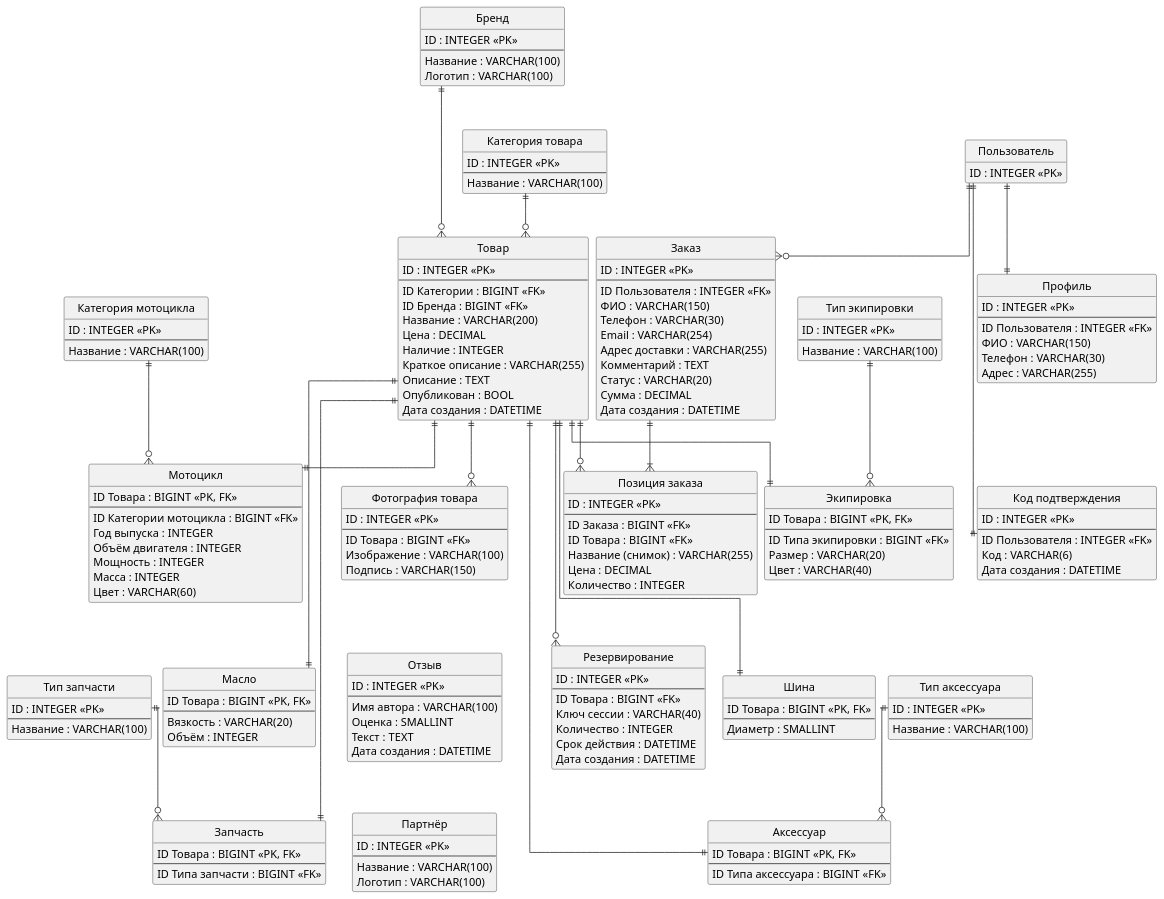
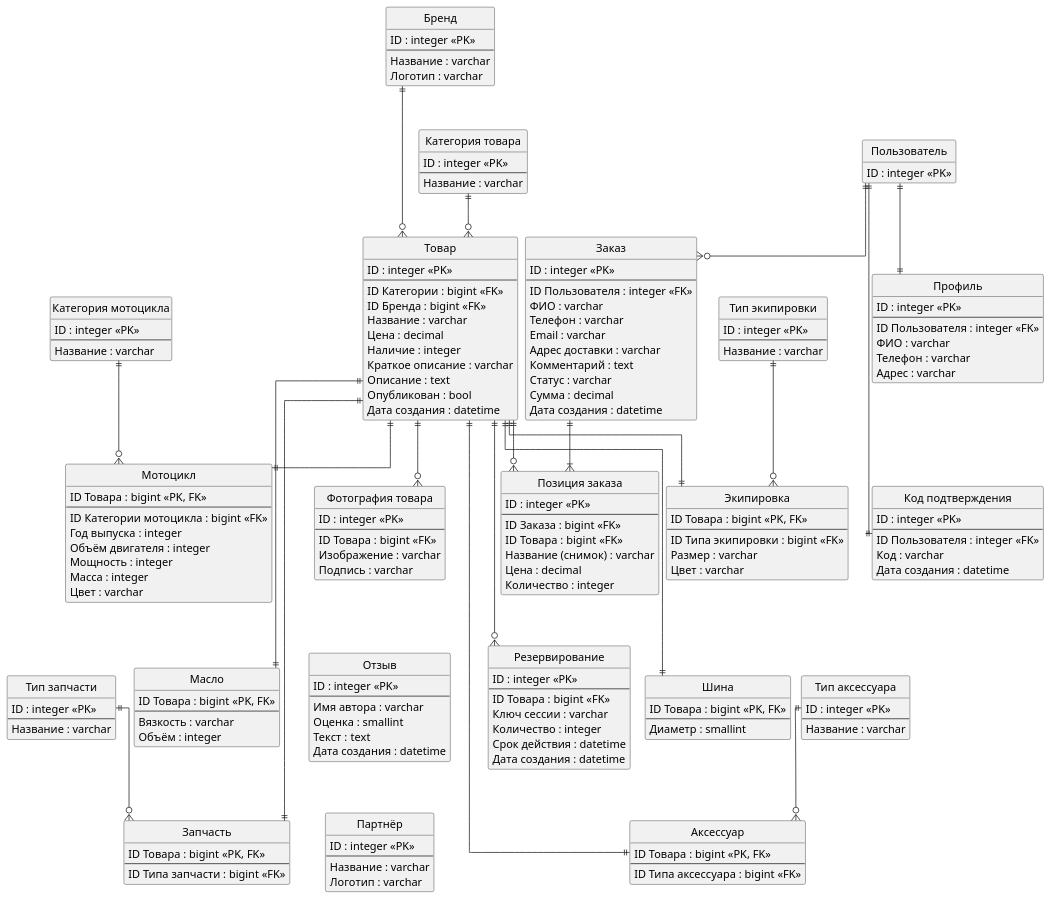
One commit to yoloroyo/werewolf changed the diagram in docs/db/logic.puml. Above: the diagram before and after it, drawn with PlantUML.

Commit message:
update logic db diagram

```diff
--- a/docs/db/logic.puml
+++ b/docs/db/logic.puml
@@ -7,177 +7,177 @@
 hide circle
 
 entity "Бренд" as Brand {
-  ID : INTEGER <<PK>>
+  ID : integer <<PK>>
   --
-  Название : VARCHAR(100)
-  Логотип : VARCHAR(100)
+  Название : varchar
+  Логотип : varchar
 }
 
 entity "Категория мотоцикла" as MotoCategory {
-  ID : INTEGER <<PK>>
+  ID : integer <<PK>>
   --
-  Название : VARCHAR(100)
+  Название : varchar
 }
 
 entity "Категория товара" as ProductCategory {
-  ID : INTEGER <<PK>>
+  ID : integer <<PK>>
   --
-  Название : VARCHAR(100)
+  Название : varchar
 }
 
 entity "Товар" as Product {
-  ID : INTEGER <<PK>>
+  ID : integer <<PK>>
   --
-  ID Категории : BIGINT <<FK>>
-  ID Бренда : BIGINT <<FK>>
-  Название : VARCHAR(200)
-  Цена : DECIMAL
-  Наличие : INTEGER
-  Краткое описание : VARCHAR(255)
-  Описание : TEXT
-  Опубликован : BOOL
-  Дата создания : DATETIME
+  ID Категории : bigint <<FK>>
+  ID Бренда : bigint <<FK>>
+  Название : varchar
+  Цена : decimal
+  Наличие : integer
+  Краткое описание : varchar
+  Описание : text
+  Опубликован : bool
+  Дата создания : datetime
 }
 
 entity "Фотография товара" as ProductImage {
-  ID : INTEGER <<PK>>
+  ID : integer <<PK>>
   --
-  ID Товара : BIGINT <<FK>>
-  Изображение : VARCHAR(100)
-  Подпись : VARCHAR(150)
+  ID Товара : bigint <<FK>>
+  Изображение : varchar
+  Подпись : varchar
 }
 
 entity "Мотоцикл" as Motorcycle {
-  ID Товара : BIGINT <<PK, FK>>
+  ID Товара : bigint <<PK, FK>>
   --
-  ID Категории мотоцикла : BIGINT <<FK>>
-  Год выпуска : INTEGER
-  Объём двигателя : INTEGER
-  Мощность : INTEGER
-  Масса : INTEGER
-  Цвет : VARCHAR(60)
+  ID Категории мотоцикла : bigint <<FK>>
+  Год выпуска : integer
+  Объём двигателя : integer
+  Мощность : integer
+  Масса : integer
+  Цвет : varchar
 }
 
 entity "Экипировка" as Equipment {
-  ID Товара : BIGINT <<PK, FK>>
+  ID Товара : bigint <<PK, FK>>
   --
-  ID Типа экипировки : BIGINT <<FK>>
-  Размер : VARCHAR(20)
-  Цвет : VARCHAR(40)
+  ID Типа экипировки : bigint <<FK>>
+  Размер : varchar
+  Цвет : varchar
 }
 
 entity "Тип экипировки" as EquipmentType {
-  ID : INTEGER <<PK>>
+  ID : integer <<PK>>
   --
-  Название : VARCHAR(100)
+  Название : varchar
 }
 
 entity "Масло" as Oil {
-  ID Товара : BIGINT <<PK, FK>>
+  ID Товара : bigint <<PK, FK>>
   --
-  Вязкость : VARCHAR(20)
-  Объём : INTEGER
+  Вязкость : varchar
+  Объём : integer
 }
 
 entity "Шина" as Tire {
-  ID Товара : BIGINT <<PK, FK>>
+  ID Товара : bigint <<PK, FK>>
   --
-  Диаметр : SMALLINT
+  Диаметр : smallint
 }
 
 entity "Запчасть" as Part {
-  ID Товара : BIGINT <<PK, FK>>
+  ID Товара : bigint <<PK, FK>>
   --
-  ID Типа запчасти : BIGINT <<FK>>
+  ID Типа запчасти : bigint <<FK>>
 }
 
 entity "Тип запчасти" as PartType {
-  ID : INTEGER <<PK>>
+  ID : integer <<PK>>
   --
-  Название : VARCHAR(100)
+  Название : varchar
 }
 
 entity "Аксессуар" as Accessory {
-  ID Товара : BIGINT <<PK, FK>>
+  ID Товара : bigint <<PK, FK>>
   --
-  ID Типа аксессуара : BIGINT <<FK>>
+  ID Типа аксессуара : bigint <<FK>>
 }
 
 entity "Тип аксессуара" as AccessoryType {
-  ID : INTEGER <<PK>>
+  ID : integer <<PK>>
   --
-  Название : VARCHAR(100)
+  Название : varchar
 }
 
 entity "Заказ" as Order {
-  ID : INTEGER <<PK>>
+  ID : integer <<PK>>
   --
-  ID Пользователя : INTEGER <<FK>>
-  ФИО : VARCHAR(150)
-  Телефон : VARCHAR(30)
-  Email : VARCHAR(254)
-  Адрес доставки : VARCHAR(255)
-  Комментарий : TEXT
-  Статус : VARCHAR(20)
-  Сумма : DECIMAL
-  Дата создания : DATETIME
+  ID Пользователя : integer <<FK>>
+  ФИО : varchar
+  Телефон : varchar
+  Email : varchar
+  Адрес доставки : varchar
+  Комментарий : text
+  Статус : varchar
+  Сумма : decimal
+  Дата создания : datetime
 }
 
 entity "Позиция заказа" as OrderItem {
-  ID : INTEGER <<PK>>
+  ID : integer <<PK>>
   --
-  ID Заказа : BIGINT <<FK>>
-  ID Товара : BIGINT <<FK>>
-  Название (снимок) : VARCHAR(255)
-  Цена : DECIMAL
-  Количество : INTEGER
+  ID Заказа : bigint <<FK>>
+  ID Товара : bigint <<FK>>
+  Название (снимок) : varchar
+  Цена : decimal
+  Количество : integer
 }
 
 entity "Пользователь" as User {
-  ID : INTEGER <<PK>>
+  ID : integer <<PK>>
 }
 
 entity "Профиль" as Profile {
-  ID : INTEGER <<PK>>
+  ID : integer <<PK>>
   --
-  ID Пользователя : INTEGER <<FK>>
-  ФИО : VARCHAR(150)
-  Телефон : VARCHAR(30)
-  Адрес : VARCHAR(255)
+  ID Пользователя : integer <<FK>>
+  ФИО : varchar
+  Телефон : varchar
+  Адрес : varchar
 }
 
 entity "Код подтверждения" as EmailConfirmation {
-  ID : INTEGER <<PK>>
+  ID : integer <<PK>>
   --
-  ID Пользователя : INTEGER <<FK>>
-  Код : VARCHAR(6)
-  Дата создания : DATETIME
+  ID Пользователя : integer <<FK>>
+  Код : varchar
+  Дата создания : datetime
 }
 
 entity "Резервирование" as CheckoutReservation {
-  ID : INTEGER <<PK>>
+  ID : integer <<PK>>
   --
-  ID Товара : BIGINT <<FK>>
-  Ключ сессии : VARCHAR(40)
-  Количество : INTEGER
-  Срок действия : DATETIME
-  Дата создания : DATETIME
+  ID Товара : bigint <<FK>>
+  Ключ сессии : varchar
+  Количество : integer
+  Срок действия : datetime
+  Дата создания : datetime
 }
 
 entity "Отзыв" as Review {
-  ID : INTEGER <<PK>>
+  ID : integer <<PK>>
   --
-  Имя автора : VARCHAR(100)
-  Оценка : SMALLINT
-  Текст : TEXT
-  Дата создания : DATETIME
+  Имя автора : varchar
+  Оценка : smallint
+  Текст : text
+  Дата создания : datetime
 }
 
 entity "Партнёр" as Partner {
-  ID : INTEGER <<PK>>
+  ID : integer <<PK>>
   --
-  Название : VARCHAR(100)
-  Логотип : VARCHAR(100)
+  Название : varchar
+  Логотип : varchar
 }
 
 Brand ||--o{ Product
```
